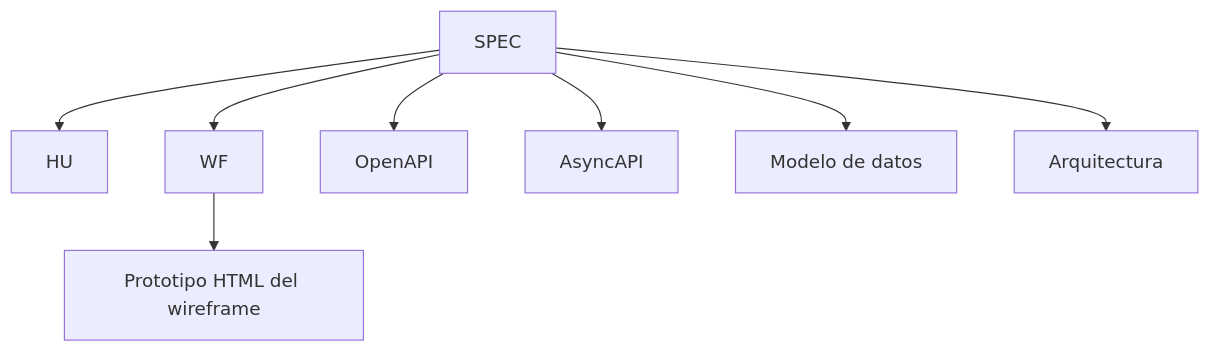
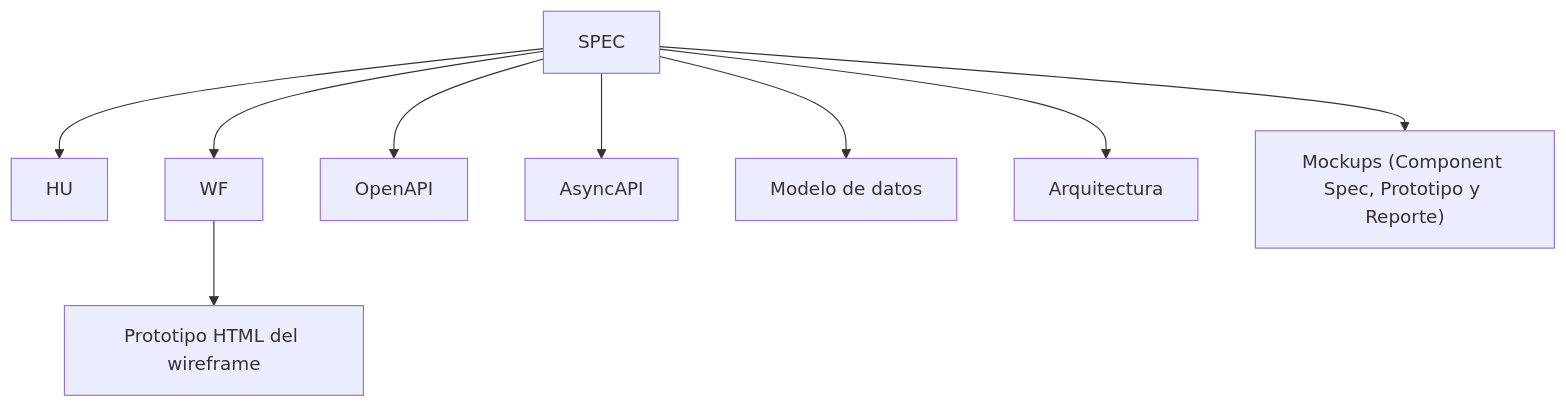
Before and after one commit to Taller-SW-Web/G6-Productos-Ofertas-docs: the fifth of 6 diagrams in README.md, drawn with Mermaid. The commit also changed other lines of this file and 2 other files, not shown here.

Commit message:
docs(mockups): saneamiento documental final de README raiz, coherencia UXD y refinamiento terminologico

````diff
--- a/README.md
+++ b/README.md
@@ -344,10 +354,11 @@
 ```mermaid
 flowchart TD
     SPEC["SPEC"] --> HU["HU"]
     SPEC --> WF["WF"]
     WF --> HTML["Prototipo HTML del wireframe"]
     SPEC --> OA["OpenAPI"]
     SPEC --> AA["AsyncAPI"]
     SPEC --> MD["Modelo de datos"]
     SPEC --> ARQ["Arquitectura"]
+    SPEC --> MK["Mockups (Component Spec, Prototipo y Reporte)"]
 ```
````
